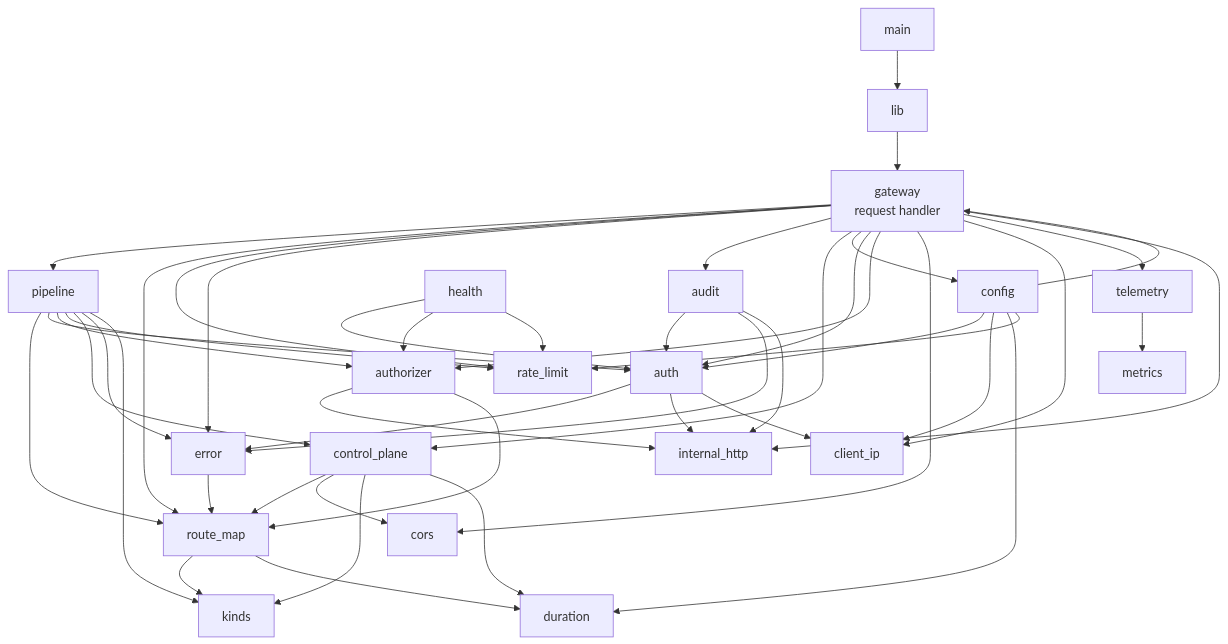
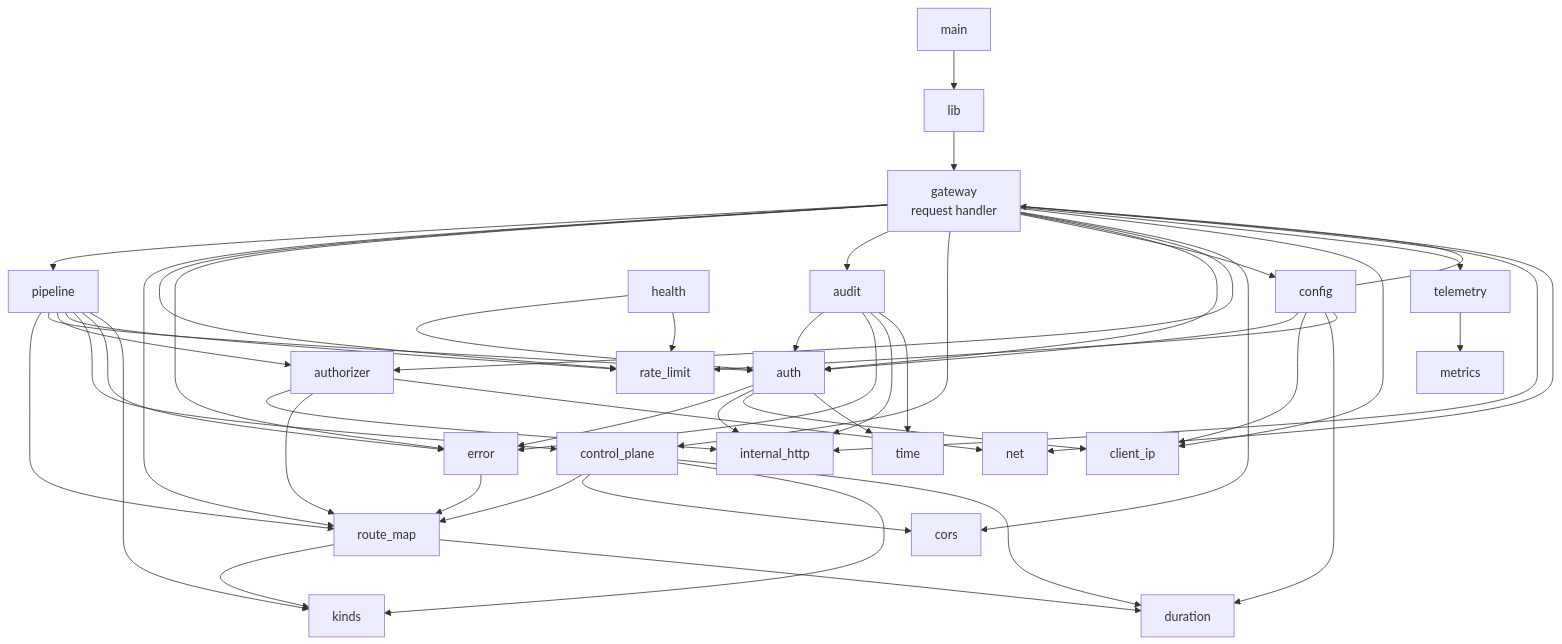
Before and after one commit to plat5dev/plat5: the second of 5 diagrams in docs/internals/module-map.md, drawn with Mermaid. The commit also changed other lines of this file and 102 other files, not shown here.

````diff
--- a/docs/internals/module-map.md
+++ b/docs/internals/module-map.md
@@ -29,15 +29,15 @@
 ```mermaid
 flowchart TD
   main --> lib --> gw[gateway<br/>request handler]
-  gw --> pipeline & route_map & rate_limit & error & audit & control_plane & config & auth & authorizer & cors & client_ip & telemetry & internal_http
+  gw --> pipeline & route_map & rate_limit & error & audit & control_plane & config & auth & authorizer & cors & client_ip & telemetry & internal_http & net
   pipeline --> route_map & auth & authorizer & rate_limit & control_plane & error & kinds
   route_map --> kinds & duration
   error --> route_map
-  auth --> error & internal_http & client_ip
-  authorizer --> internal_http & route_map
-  audit --> auth & error & internal_http
+  auth --> error & internal_http & client_ip & time
+  authorizer --> internal_http & route_map & net
+  audit --> auth & error & internal_http & time
   control_plane --> route_map & cors & kinds & duration
   config --> auth & client_ip & duration & rate_limit & gw
-  health --> auth & authorizer & rate_limit
+  health --> auth & rate_limit
   telemetry --> metrics
 ```
````
